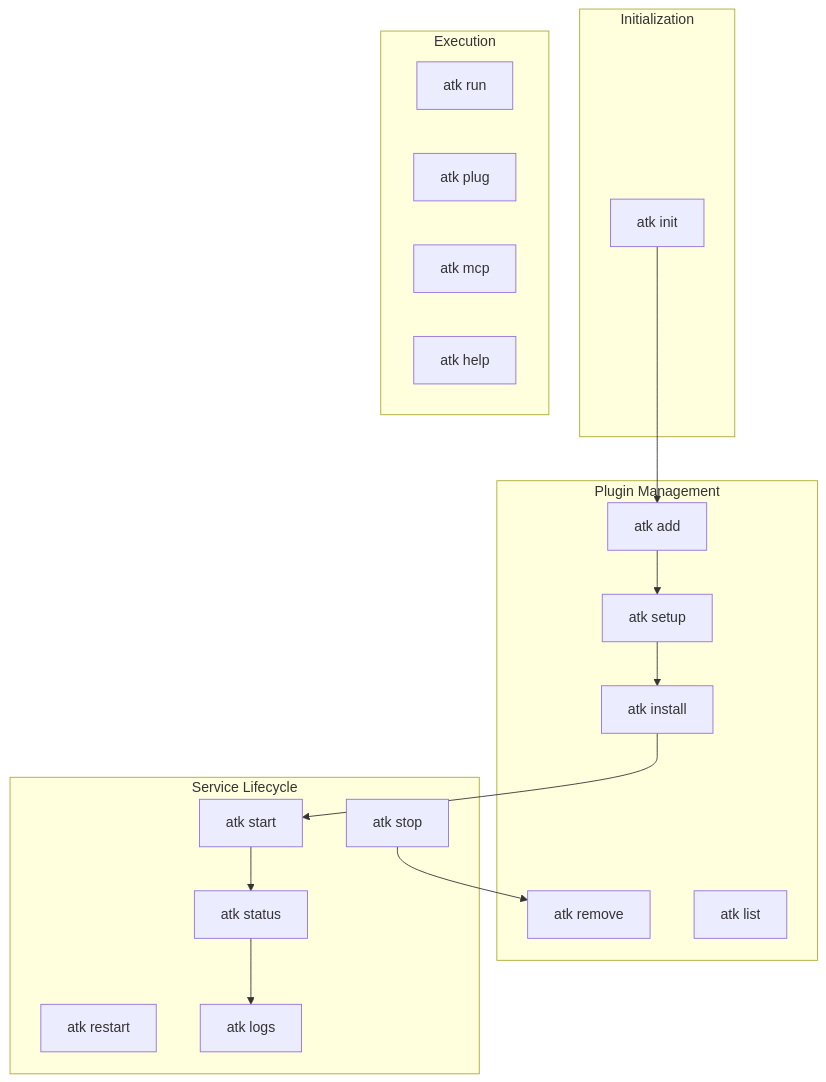
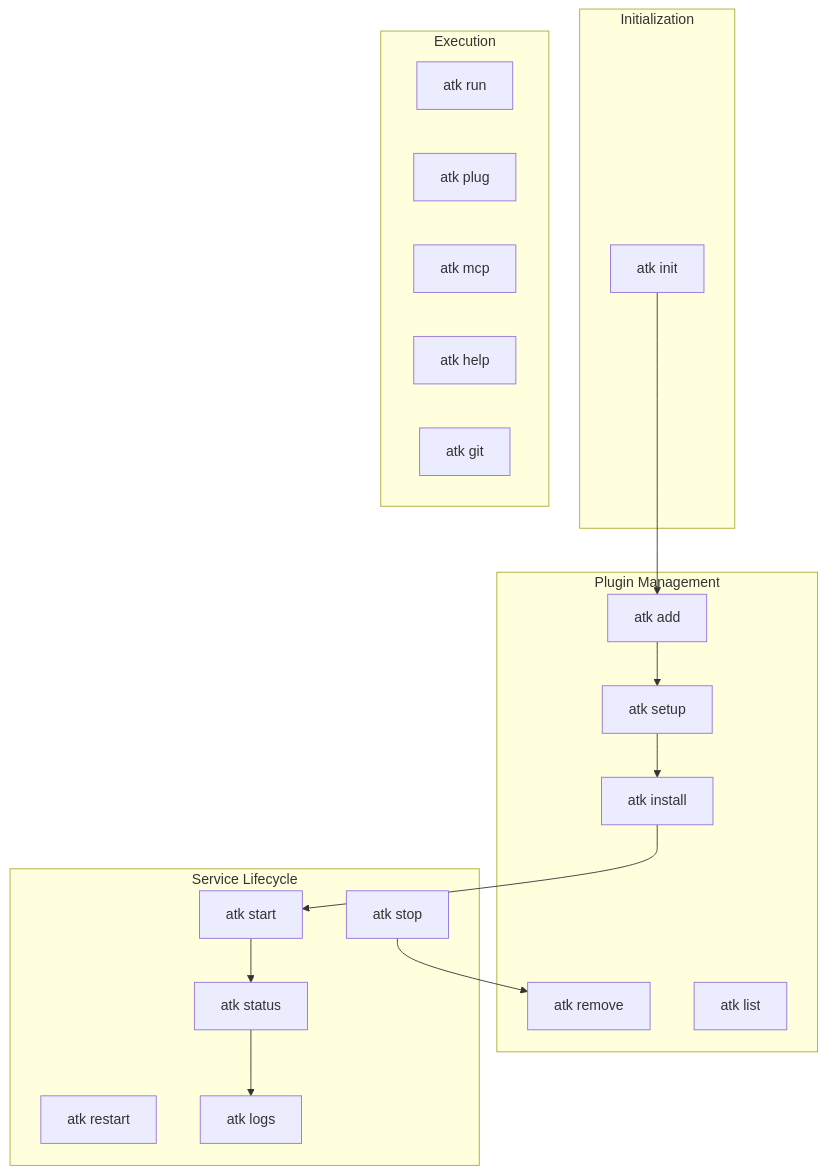
The diagram in docs/specs/commands-spec.md (Svtoo/atk), drawn with Mermaid before and after one commit. The commit also changed other lines of this file and 19 other files, not shown here.

````diff
--- a/docs/specs/commands-spec.md
+++ b/docs/specs/commands-spec.md
@@ -38,37 +38,38 @@
 ```mermaid
 flowchart TB
     subgraph Init["Initialization"]
         init[atk init]
     end
 
     subgraph Manage["Plugin Management"]
         add[atk add]
         setup[atk setup]
         install[atk install]
         remove[atk remove]
         list[atk list]
     end
 
     subgraph Lifecycle["Service Lifecycle"]
         start[atk start]
         stop[atk stop]
         restart[atk restart]
         status[atk status]
         logs[atk logs]
     end
 
     subgraph Execute["Execution"]
         run[atk run]
         plug[atk plug]
         mcp[atk mcp]
         help[atk help]
+        git[atk git]
     end
 
     init --> add
     add --> setup
     setup --> install
     install --> start
     start --> status
     status --> logs
     stop --> remove
 ```
````
